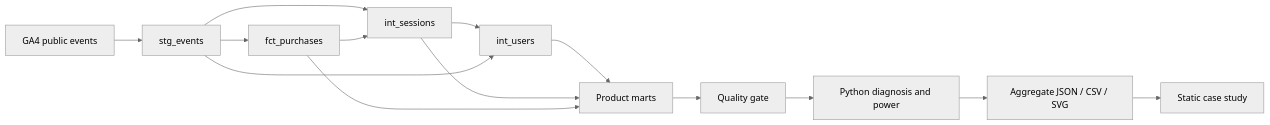
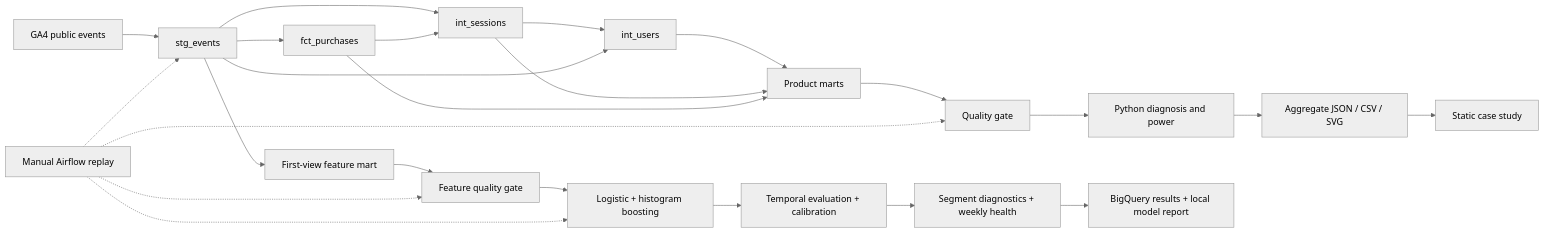
Before and after one commit to Kohaningithub/google-merchandise-product-analytics: the diagram in README.md, drawn with Mermaid (neutral theme). The commit also changed other lines of this file and 38 other files, not shown here.

Commit message:
Checkpoint: add DS modeling and Airflow replay extension

````diff
--- a/README.md
+++ b/README.md
@@ -30,16 +30,26 @@
 ```mermaid
 flowchart LR
   A[GA4 public events] --> B[stg_events]
   B --> C[fct_purchases]
   B --> D[int_sessions]
   C --> D
   D --> E[int_users]
   B --> E
   E --> F[Product marts]
   D --> F
   C --> F
   F --> G[Quality gate]
   G --> H[Python diagnosis and power]
   H --> I[Aggregate JSON / CSV / SVG]
   I --> J[Static case study]
+  B --> K[First-view feature mart]
+  K --> L[Feature quality gate]
+  L --> M[Logistic + histogram boosting]
+  M --> N[Temporal evaluation + calibration]
+  N --> O[Segment diagnostics + weekly health]
+  O --> P[BigQuery results + local model report]
+  Q[Manual Airflow replay] -.-> B
+  Q -.-> G
+  Q -.-> L
+  Q -.-> M
 ```
````
